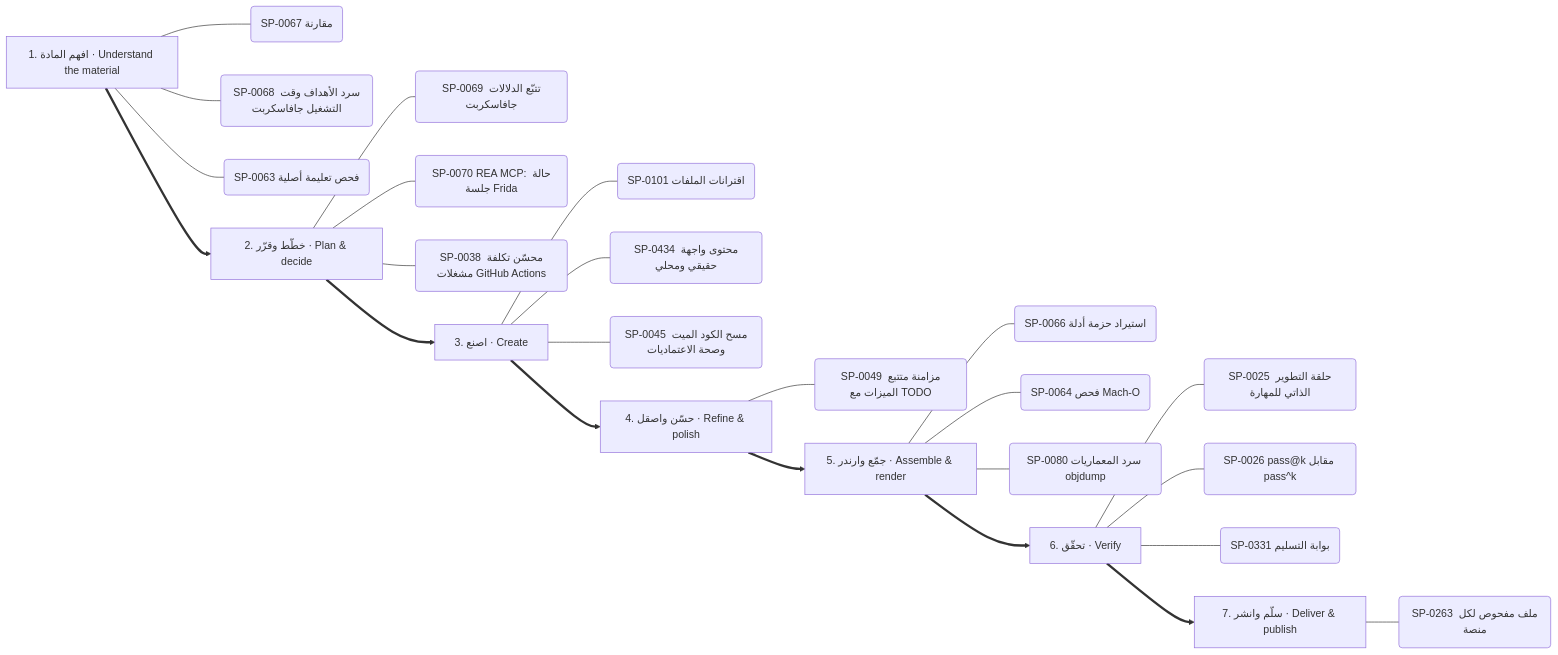
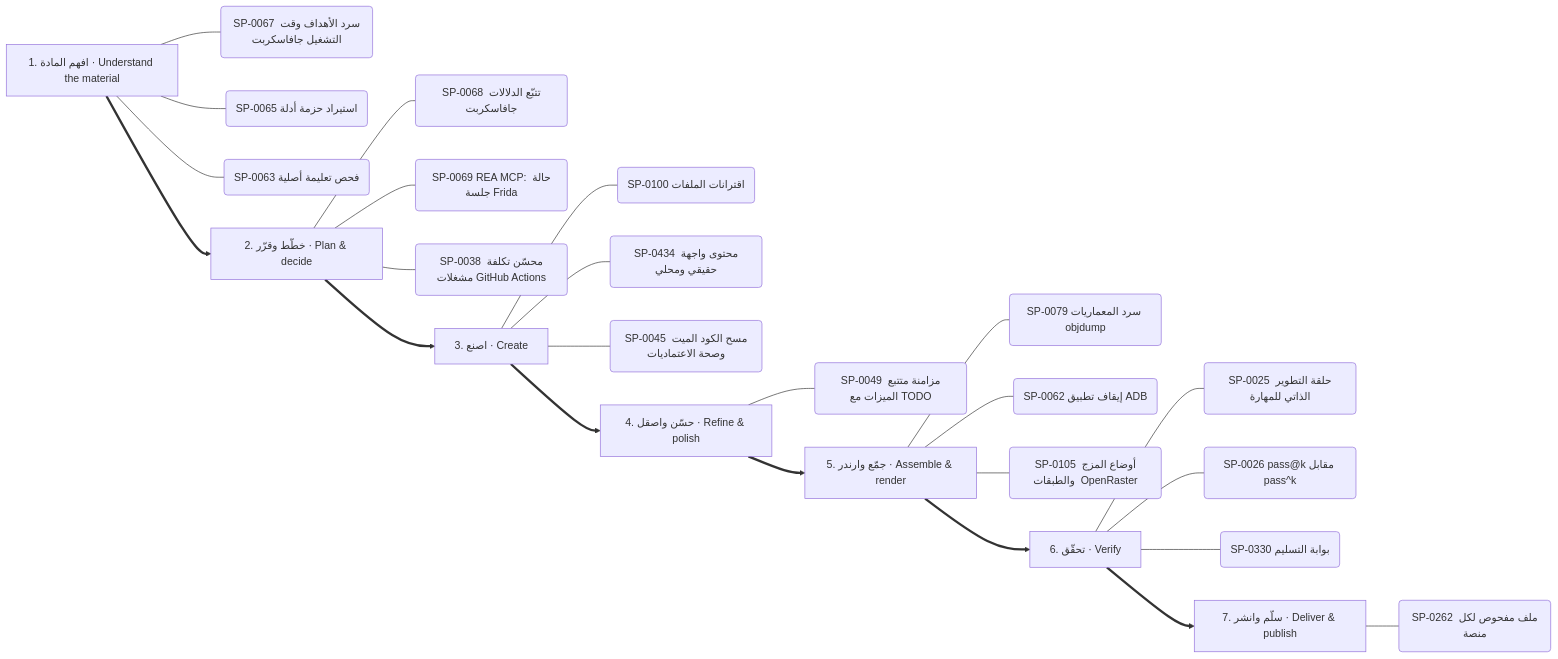
One commit to kosif199022-jpg/kosif-tool changed diagram 11 of 13 in .claude/skills/kosif-superpowers/references/capability-mindmap.md. Above: the diagram before and after it, drawn with Mermaid. The commit also changed other lines of this file and 61 other files, not shown here.

````diff
--- a/.claude/skills/kosif-superpowers/references/capability-mindmap.md
+++ b/.claude/skills/kosif-superpowers/references/capability-mindmap.md
@@ -545,33 +546,33 @@
 ```mermaid
 flowchart LR
   S0["1. افهم المادة · Understand the material"]
-  S0 --- S0_0("SP-0067 مقارنة")
-  S0 --- S0_1("SP-0068 سرد الأهداف وقت التشغيل جافاسكربت")
+  S0 --- S0_0("SP-0067 سرد الأهداف وقت التشغيل جافاسكربت")
+  S0 --- S0_1("SP-0065 استيراد حزمة أدلة")
   S0 --- S0_2("SP-0063 فحص تعليمة أصلية")
   S1["2. خطّط وقرّر · Plan & decide"]
-  S1 --- S1_0("SP-0069 تتبّع الدلالات جافاسكربت")
-  S1 --- S1_1("SP-0070 REA MCP: حالة جلسة Frida")
+  S1 --- S1_0("SP-0068 تتبّع الدلالات جافاسكربت")
+  S1 --- S1_1("SP-0069 REA MCP: حالة جلسة Frida")
   S1 --- S1_2("SP-0038 محسّن تكلفة مشغلات GitHub Actions")
   S0 ==> S1
   S2["3. اصنع · Create"]
-  S2 --- S2_0("SP-0101 اقترانات الملفات")
+  S2 --- S2_0("SP-0100 اقترانات الملفات")
   S2 --- S2_1("SP-0434 محتوى واجهة حقيقي ومحلي")
   S2 --- S2_2("SP-0045 مسح الكود الميت وصحة الاعتماديات")
   S1 ==> S2
   S3["4. حسّن واصقل · Refine & polish"]
   S3 --- S3_0("SP-0049 مزامنة متتبع الميزات مع TODO")
   S2 ==> S3
   S4["5. جمّع وارندر · Assemble & render"]
-  S4 --- S4_0("SP-0066 استيراد حزمة أدلة")
-  S4 --- S4_1("SP-0064 فحص Mach-O")
-  S4 --- S4_2("SP-0080 سرد المعماريات objdump")
+  S4 --- S4_0("SP-0079 سرد المعماريات objdump")
+  S4 --- S4_1("SP-0062 إيقاف تطبيق ADB")
+  S4 --- S4_2("SP-0105 أوضاع المزج والطبقات  OpenRaster ")
   S3 ==> S4
   S5["6. تحقّق · Verify"]
   S5 --- S5_0("SP-0025 حلقة التطوير الذاتي للمهارة")
   S5 --- S5_1("SP-0026 pass@k مقابل pass^k")
-  S5 --- S5_2("SP-0331 بوابة التسليم")
+  S5 --- S5_2("SP-0330 بوابة التسليم")
   S4 ==> S5
   S6["7. سلّم وانشر · Deliver & publish"]
-  S6 --- S6_0("SP-0263 ملف مفحوص لكل منصة")
+  S6 --- S6_0("SP-0262 ملف مفحوص لكل منصة")
   S5 ==> S6
 ```
````
